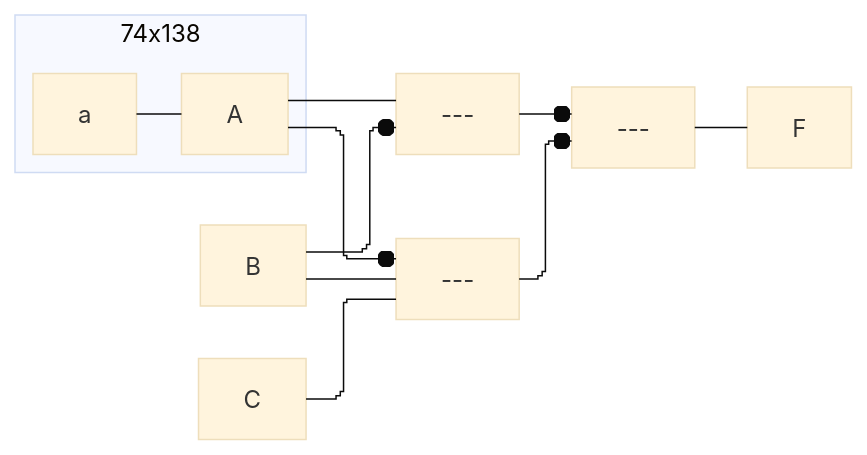
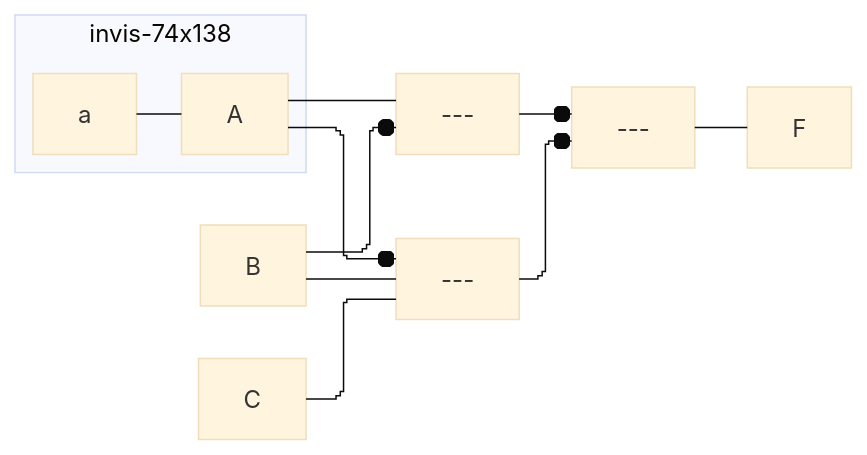
Before and after one commit to tnichols217/notes: the diagram in CSDS 281 - Logic Design/HW/7/tables.md, drawn with Mermaid (base theme). The commit also changed 1 other file, not shown here.

Commit message:
vault backup: 2024-03-27 10:42:14

````diff
--- a/CSDS 281 - Logic Design/HW/7/tables.md
+++ b/CSDS 281 - Logic Design/HW/7/tables.md
@@ -27,13 +27,13 @@
 ```mermaid
 %%{ init: { 'flowchart': { 'curve': 'stepBefore', "defaultRenderer": "elk" } } }%%
 flowchart LR
 A --- nor1[---]
 B --o nor1
 A --o nor2[---]
 B & C --- nor2
 nor1 & nor2 --o nor3[---]
 nor3 --- F
-subgraph 74x138
+subgraph invis-74x138
 a --- A
 end
 ```
````
